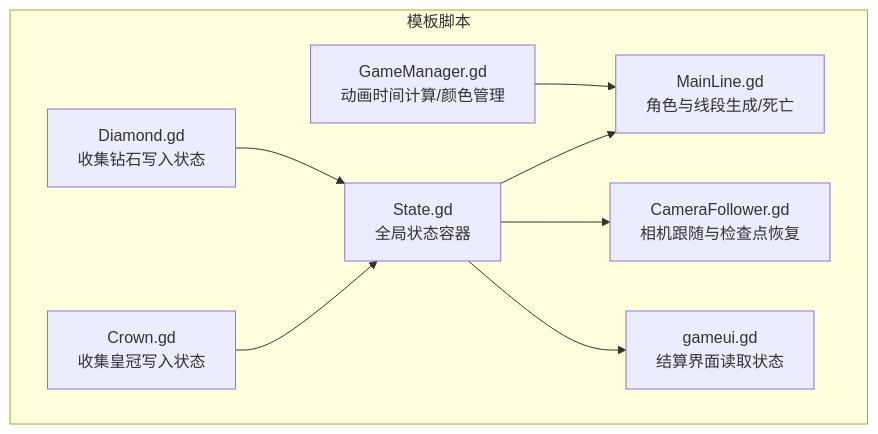
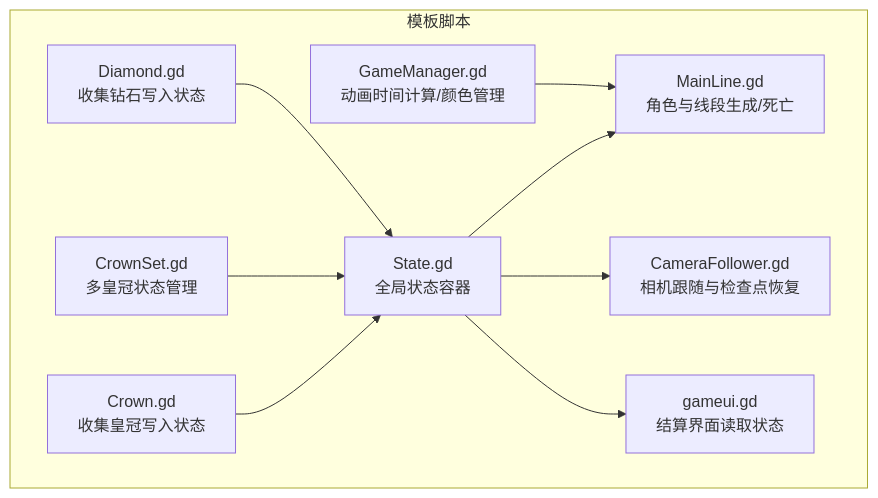
Before and after one commit to godotline/godot-line: the first of 10 diagrams in .qoder/repowiki/zh/content/核心架构设计/设计模式应用/状态管理模式.md, drawn with Mermaid. The commit also changed other lines of this file and 18 other files, not shown here.

````diff
--- a/.qoder/repowiki/zh/content/核心架构设计/设计模式应用/状态管理模式.md
+++ b/.qoder/repowiki/zh/content/核心架构设计/设计模式应用/状态管理模式.md
@@ -39,18 +48,20 @@
 ```mermaid
 graph TB
 subgraph "模板脚本"
 State["State.gd<br/>全局状态容器"]
 GameManager["GameManager.gd<br/>动画时间计算/颜色管理"]
 MainLine["MainLine.gd<br/>角色与线段生成/死亡"]
 CameraFollower["CameraFollower.gd<br/>相机跟随与检查点恢复"]
 Crown["Crown.gd<br/>收集皇冠写入状态"]
+CrownSet["CrownSet.gd<br/>多皇冠状态管理"]
 Diamond["Diamond.gd<br/>收集钻石写入状态"]
 GameUI["gameui.gd<br/>结算界面读取状态"]
 end
 State --> MainLine
 State --> CameraFollower
 State --> GameUI
 GameManager --> MainLine
 Crown --> State
+CrownSet --> State
 Diamond --> State
 ```
````
